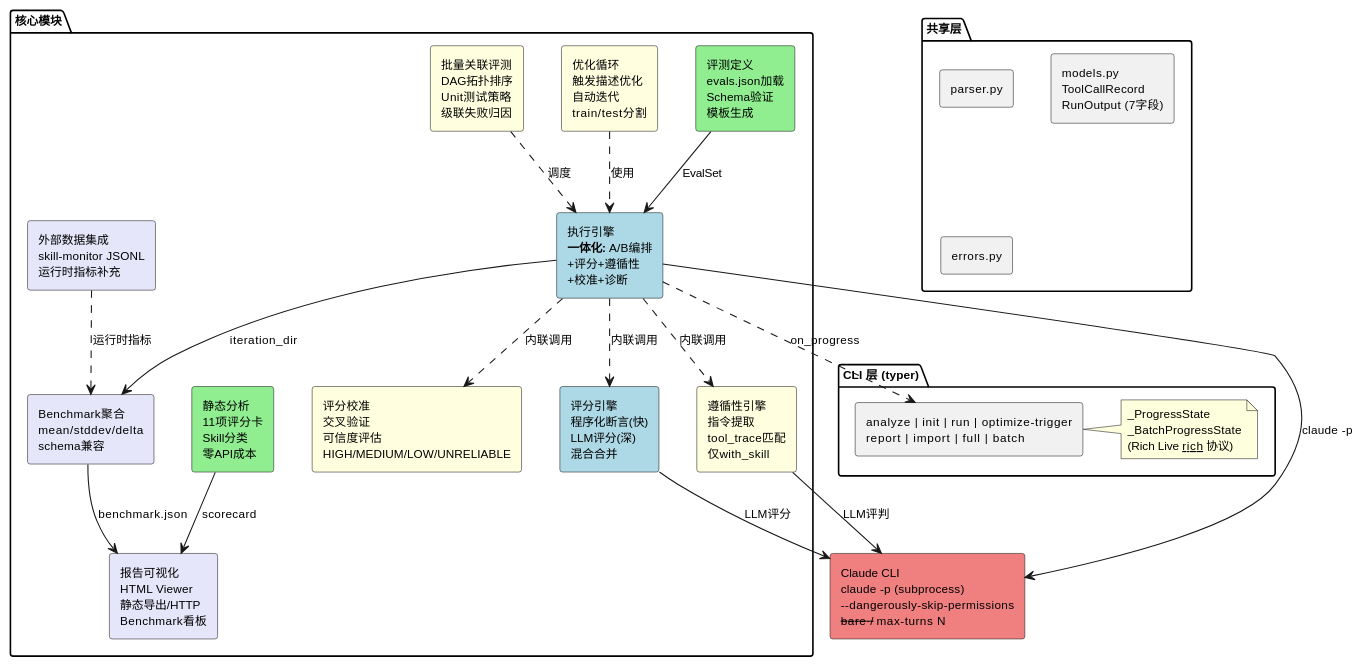
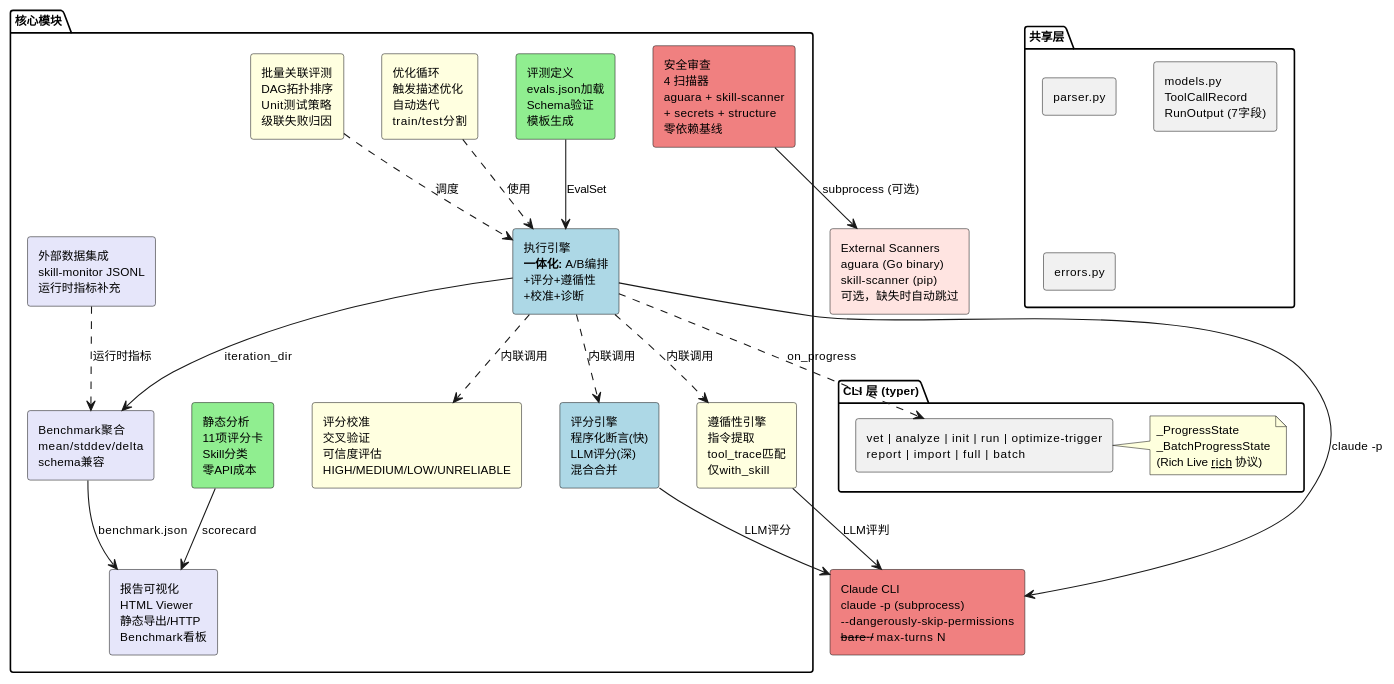
Before and after one commit to HangDu1995/sift: the second of 4 diagrams in docs/skill-eval-arch-design.md, drawn with PlantUML. The commit also changed other lines of this file and 7 other files, not shown here.

````diff
--- a/docs/skill-eval-arch-design.md
+++ b/docs/skill-eval-arch-design.md
@@ -148,50 +148,54 @@
 ```plantuml
 @startuml
 skinparam componentStyle rectangle
 skinparam shadowing false
 skinparam defaultFontSize 11
 
 package "CLI 层 (typer)" as cli_pkg {
-    [analyze | init | run | optimize-trigger\nreport | import | full | batch] as cli
+    [vet | analyze | init | run | optimize-trigger\nreport | import | full | batch] as cli
     note right of cli : _ProgressState\n_BatchProgressState\n(Rich Live __rich__ 协议)
 }
 
 package "核心模块" {
+    [安全审查\n4 扫描器\naguara + skill-scanner\n+ secrets + structure\n零依赖基线] as sec #LightCoral
     [静态分析\n11项评分卡\nSkill分类\n零API成本] as sa #LightGreen
     [评测定义\nevals.json加载\nSchema验证\n模板生成] as ed #LightGreen
     rectangle "执行引擎\n**一体化:** A/B编排\n+评分+遵循性\n+校准+诊断" as exe #LightBlue
     [评分引擎\n程序化断言(快)\nLLM评分(深)\n混合合并] as scr #LightBlue
     [遵循性引擎\n指令提取\ntool_trace匹配\n仅with_skill] as comp #LightYellow
     [评分校准\n交叉验证\n可信度评估\nHIGH/MEDIUM/LOW/UNRELIABLE] as cal #LightYellow
     [Benchmark聚合\nmean/stddev/delta\nschema兼容] as agg #Lavender
 
     [优化循环\n触发描述优化\n自动迭代\ntrain/test分割] as opt #LightYellow
     [批量关联评测\nDAG拓扑排序\nUnit测试策略\n级联失败归因] as batch #LightYellow
     [报告可视化\nHTML Viewer\n静态导出/HTTP\nBenchmark看板] as rpt #Lavender
     [外部数据集成\nskill-monitor JSONL\n运行时指标补充] as intg #Lavender
 }
 
 rectangle "Claude CLI\nclaude -p (subprocess)\n--dangerously-skip-permissions\n--bare / --max-turns N" as claude #LightCoral
 
+rectangle "External Scanners\naguara (Go binary)\nskill-scanner (pip)\n可选，缺失时自动跳过" as ext_sec #MistyRose
+
 package "共享层" {
     [parser.py] as parser
     [models.py\nToolCallRecord\nRunOutput (7字段)] as models
     [errors.py] as errors
 }
 
+sec --> ext_sec : subprocess (可选)
 ed --> exe : EvalSet
 exe ..> scr : 内联调用
 exe ..> comp : 内联调用
 exe ..> cal : 内联调用
 exe --> claude : claude -p
 scr --> claude : LLM评分
 comp --> claude : LLM评判
 exe --> agg : iteration_dir
 opt ..> exe : 使用
 batch ..> exe : 调度
 agg --> rpt : benchmark.json
 sa --> rpt : scorecard
 intg ..> agg : 运行时指标
 exe ..> cli : on_progress
 @enduml
 ```
````
